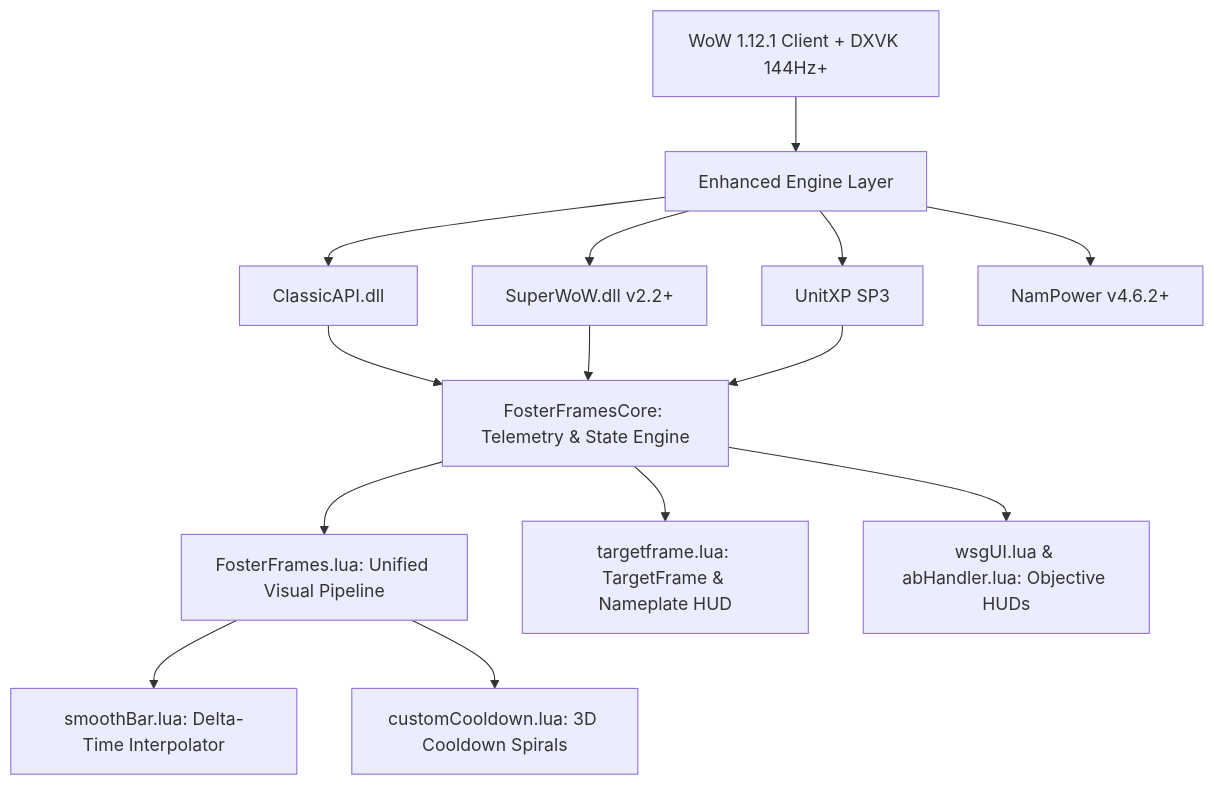
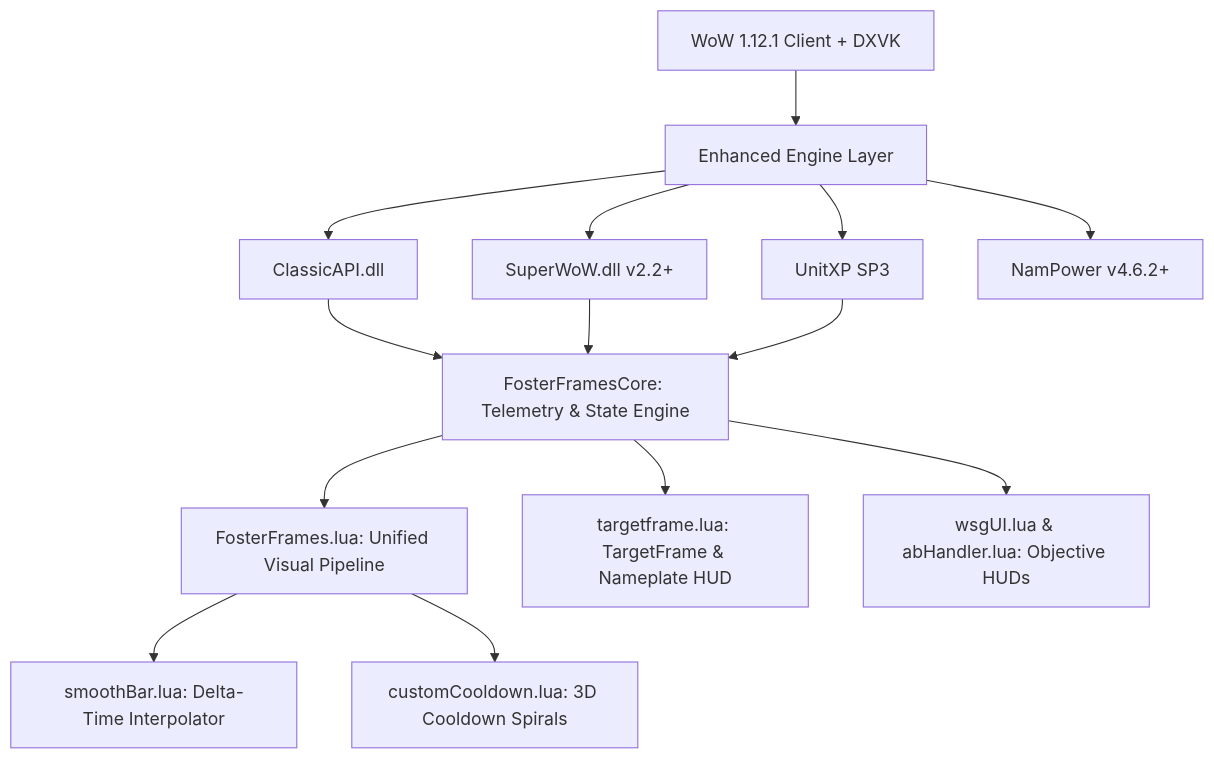
Before and after one commit to Fostercare5988/FosterFrames: the diagram in README.md, drawn with Mermaid. The commit also changed other lines of this file, not shown here.

Commit message:
docs: remove redundant 144Hz+ notation from DXVK entries

````diff
--- a/README.md
+++ b/README.md
@@ -49,19 +49,19 @@
 ```mermaid
 graph TD
-    Client[WoW 1.12.1 Client + DXVK 144Hz+] --> Engine[Enhanced Engine Layer]
+    Client[WoW 1.12.1 Client + DXVK] --> Engine[Enhanced Engine Layer]
     Engine --> CAPI[ClassicAPI.dll]
     Engine --> SW[SuperWoW.dll v2.2+]
     Engine --> UXP[UnitXP SP3]
     Engine --> NP[NamPower v4.6.2+]
 
     CAPI --> Core[FosterFramesCore: Telemetry & State Engine]
     SW --> Core
     UXP --> Core
 
     Core --> VSuite[FosterFrames.lua: Unified Visual Pipeline]
     Core --> TargetHUD[targetframe.lua: TargetFrame & Nameplate HUD]
     Core --> BGHud[wsgUI.lua & abHandler.lua: Objective HUDs]
 
     VSuite --> Smooth[smoothBar.lua: Delta-Time Interpolator]
     VSuite --> CDModels[customCooldown.lua: 3D Cooldown Spirals]
 ```
````
